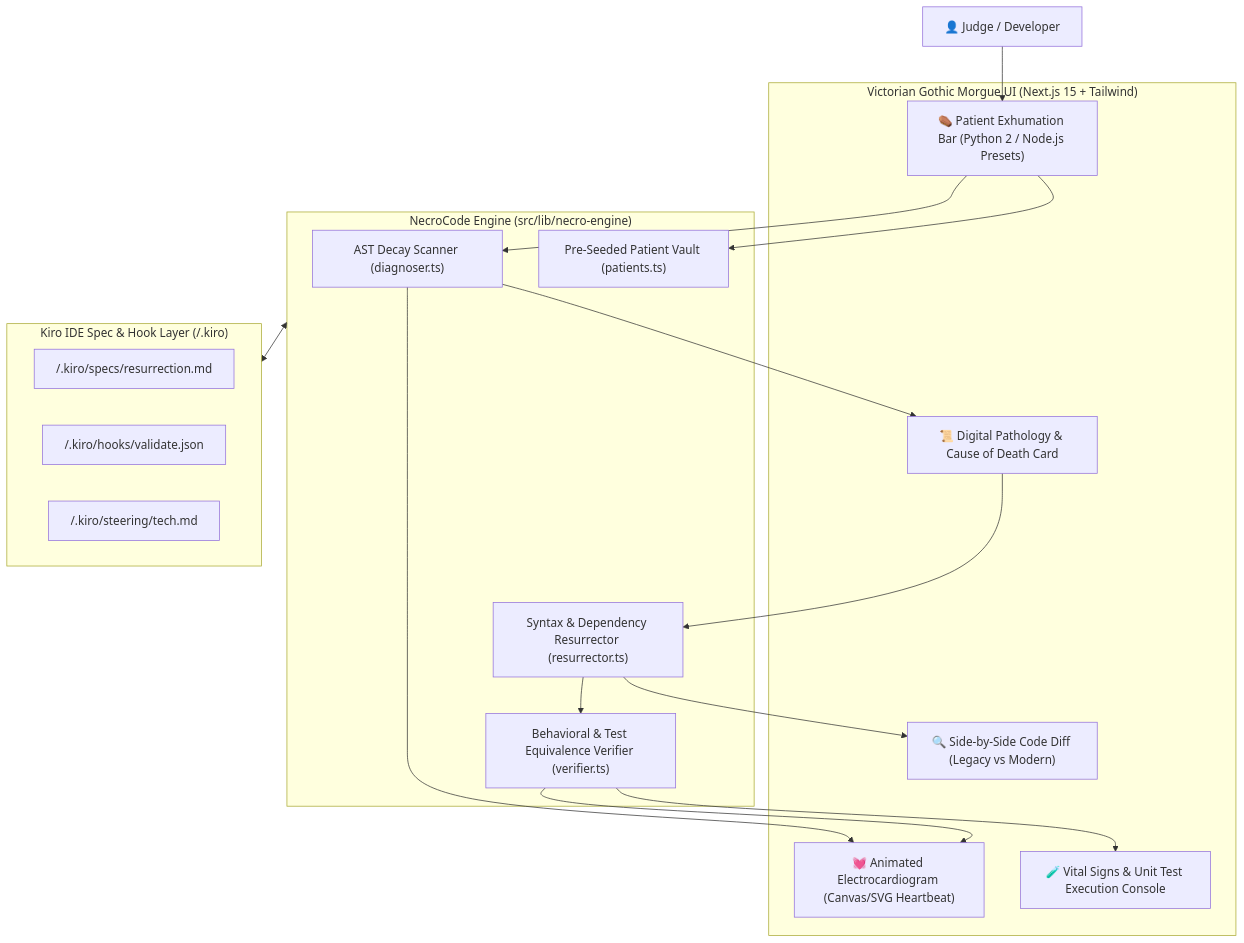
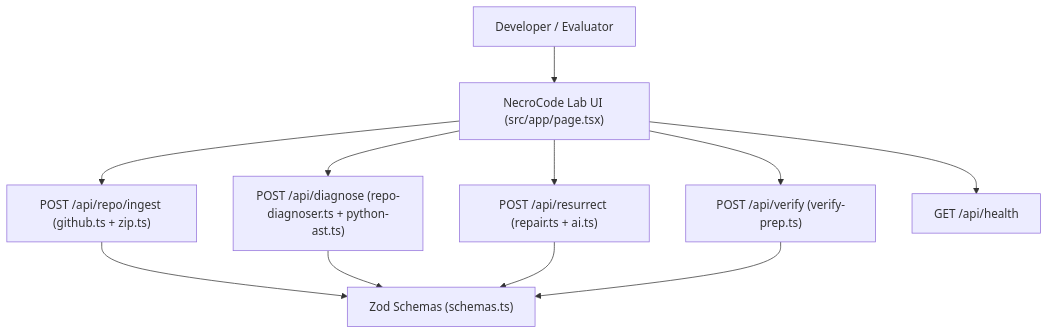
Before and after one commit to GhulamMustufa/patchpulse: the diagram in .kiro/specs/design.md, drawn with Mermaid. The commit also changed other lines of this file and 88 other files, not shown here.

````diff
--- a/.kiro/specs/design.md
+++ b/.kiro/specs/design.md
@@ -9,37 +7,14 @@
 ```mermaid
 flowchart TD
-    Judge["👤 Judge / Developer"]
-    
-    subgraph UI["Victorian Gothic Morgue UI (Next.js 15 + Tailwind)"]
-        PresetBar["⚰️ Patient Exhumation Bar (Python 2 / Node.js Presets)"]
-        ECGMonitor["💓 Animated Electrocardiogram (Canvas/SVG Heartbeat)"]
-        AutopsyReport["📜 Digital Pathology & Cause of Death Card"]
-        DiffViewer["🔍 Side-by-Side Code Diff (Legacy vs Modern)"]
-        TestRunner["🧪 Vital Signs & Unit Test Execution Console"]
-    end
-    
-    subgraph NecroEngine["NecroCode Engine (src/lib/necro-engine)"]
-        Scanner["AST Decay Scanner (diagnoser.ts)"]
-        Transformer["Syntax & Dependency Resurrector (resurrector.ts)"]
-        Verifier["Behavioral & Test Equivalence Verifier (verifier.ts)"]
-        Patients["Pre-Seeded Patient Vault (patients.ts)"]
-    end
-    
-    subgraph KiroIntegration["Kiro IDE Spec & Hook Layer (/.kiro)"]
-        KiroSpecs["/.kiro/specs/resurrection.md"]
-        KiroHooks["/.kiro/hooks/validate.json"]
-        KiroSteering["/.kiro/steering/tech.md"]
-    end
-    
-    Judge --> PresetBar
-    PresetBar --> Patients
-    PresetBar --> Scanner
-    Scanner --> AutopsyReport
-    Scanner --> ECGMonitor
-    AutopsyReport --> Transformer
-    Transformer --> DiffViewer
-    Transformer --> Verifier
-    Verifier --> TestRunner
-    Verifier --> ECGMonitor
-    NecroEngine <--> KiroIntegration
+    User["Developer / Evaluator"] --> UI["NecroCode Lab UI (src/app/page.tsx)"]
+    UI --> IngestAPI["POST /api/repo/ingest (github.ts + zip.ts)"]
+    UI --> DiagnoseAPI["POST /api/diagnose (repo-diagnoser.ts + python-ast.ts)"]
+    UI --> ResurrectAPI["POST /api/resurrect (repair.ts + ai.ts)"]
+    UI --> VerifyAPI["POST /api/verify (verify-prep.ts)"]
+    UI --> HealthAPI["GET /api/health"]
+
+    IngestAPI --> Schemas["Zod Schemas (schemas.ts)"]
+    DiagnoseAPI --> Schemas
+    ResurrectAPI --> Schemas
+    VerifyAPI --> Schemas
 ```
````
